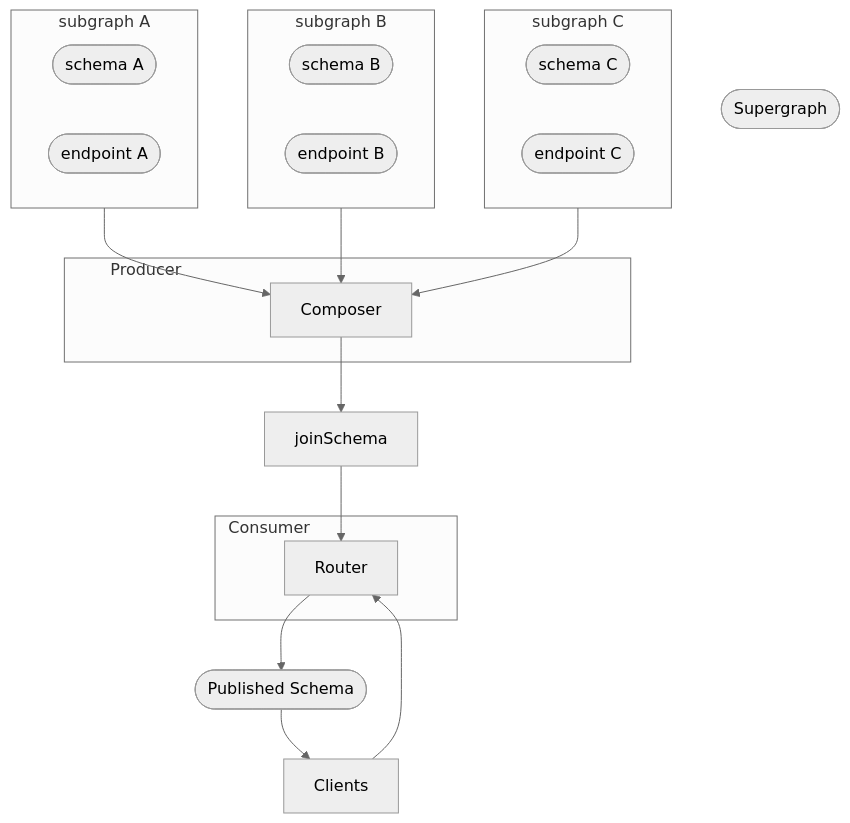
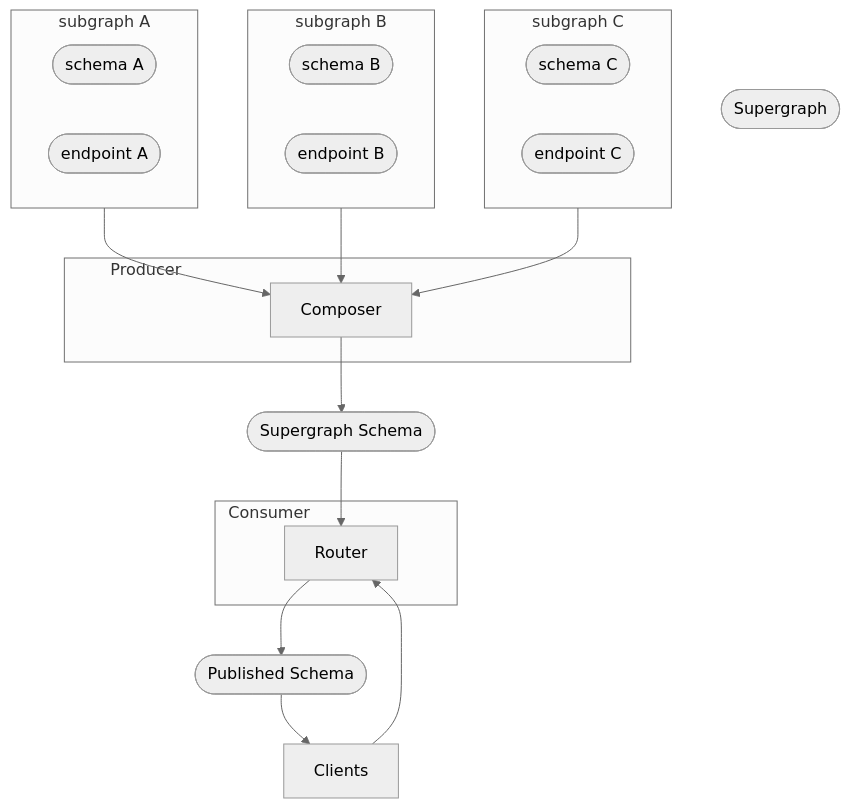
Before and after one commit to apollographql/specs-join: the second of 2 diagrams in join.spec.md, drawn with Mermaid (neutral theme).

Commit message:
Replace joinSchema with supergraphSchema

````diff
--- a/join.spec.md
+++ b/join.spec.md
@@ -65,30 +65,30 @@
 ```mermaid diagram -- Actors and roles within an example composition pipeline
 flowchart TB
     subgraph A [subgraph A]
       schemaA([schema A])
       endpointA([endpoint A])
     end
     subgraph B [subgraph B]
       schemaB([schema B])
       endpointB([endpoint B])
     end
     subgraph C [subgraph C]
       schemaC([schema C])
       endpointC([endpoint C])
     end
     subgraph "Producer ⠀⠀⠀⠀⠀⠀⠀⠀⠀⠀⠀⠀⠀⠀⠀⠀⠀⠀⠀⠀⠀⠀⠀⠀⠀⠀⠀⠀⠀⠀⠀⠀⠀⠀"
       Composer
     end
     supergraph([Supergraph])
     subgraph "Consumer ⠀⠀⠀⠀⠀⠀⠀⠀⠀⠀⠀"
       Router
     end
     A-->Composer
     B-->Composer
     C-->Composer
-    Composer-->joinSchema
-    joinSchema-->Router
+    Composer-->supergraphSchema([Supergraph Schema])
+    supergraphSchema-->Router
     Router-->published([Published Schema])
     published-->Clients
     Clients-->Router
 ```
````
